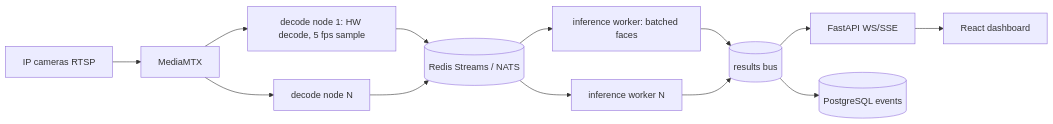
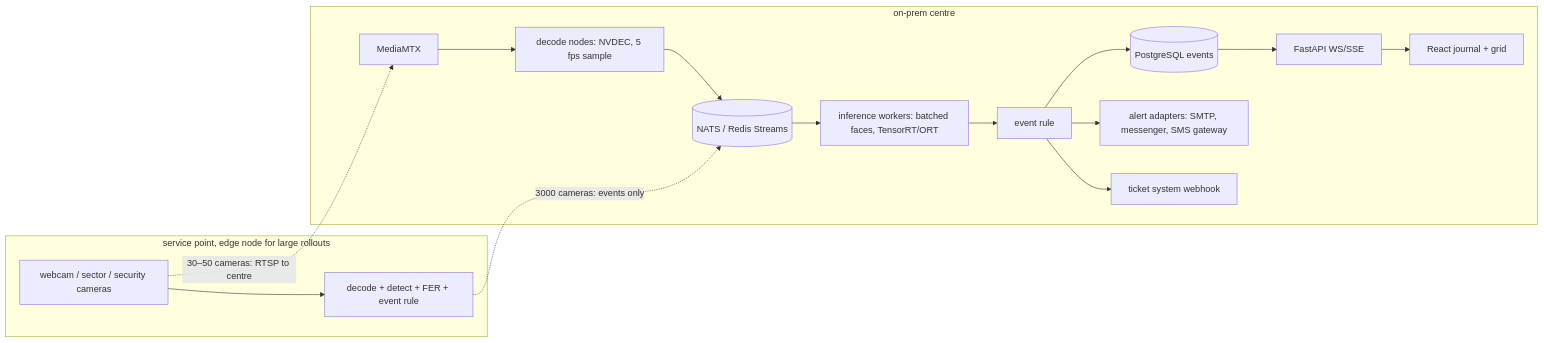
Before and after one commit to maxlarkin/emotion_recognition: the third of 3 diagrams in _bmad-output/specs/spec-emotion-recognition-mvp/architecture-diagrams.md, drawn with Mermaid. The commit also changed other lines of this file and 8 other files, not shown here.

````diff
--- a/_bmad-output/specs/spec-emotion-recognition-mvp/architecture-diagrams.md
+++ b/_bmad-output/specs/spec-emotion-recognition-mvp/architecture-diagrams.md
@@ -52,14 +55,18 @@
 ```mermaid
 flowchart LR
-  C1[IP cameras RTSP] --> MTX[MediaMTX]
-  MTX --> D1[decode node 1: HW decode, 5 fps sample]
-  MTX --> D2[decode node N]
-  D1 --> Q[(Redis Streams / NATS)]
-  D2 --> Q
-  Q --> I1[inference worker: batched faces]
-  Q --> I2[inference worker N]
-  I1 --> R[(results bus)]
-  I2 --> R
-  R --> API2[FastAPI WS/SSE] --> UI[React dashboard]
-  R --> PG[(PostgreSQL events)]
+  subgraph site [service point, edge node for large rollouts]
+    CAMS[webcam / sector / security cameras] --> EDGE[decode + detect + FER + event rule]
+  end
+  subgraph centre [on-prem centre]
+    MTX[MediaMTX] --> D1[decode nodes: NVDEC, 5 fps sample]
+    D1 --> Q[(NATS / Redis Streams)]
+    Q --> I1[inference workers: batched faces, TensorRT/ORT]
+    I1 --> EV[event rule]
+    EV --> PG[(PostgreSQL events)]
+    EV --> NOTIF[alert adapters: SMTP, messenger, SMS gateway]
+    EV --> TICK[ticket system webhook]
+    PG --> API2[FastAPI WS/SSE] --> UI[React journal + grid]
+  end
+  CAMS -.30–50 cameras: RTSP to centre.-> MTX
+  EDGE -.3000 cameras: events only.-> Q
 ```
````
